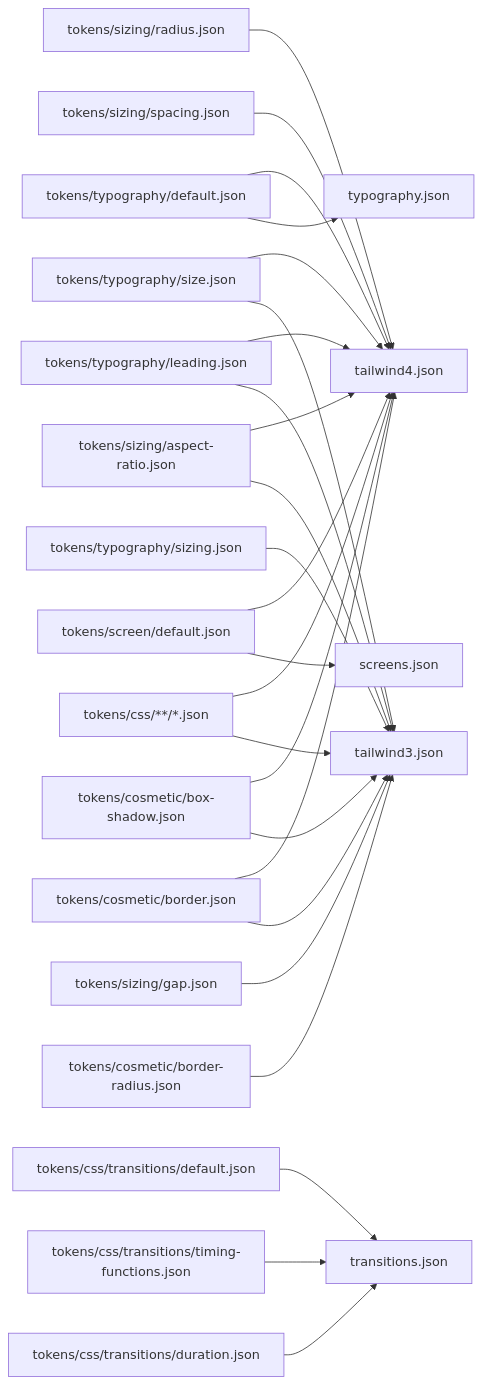
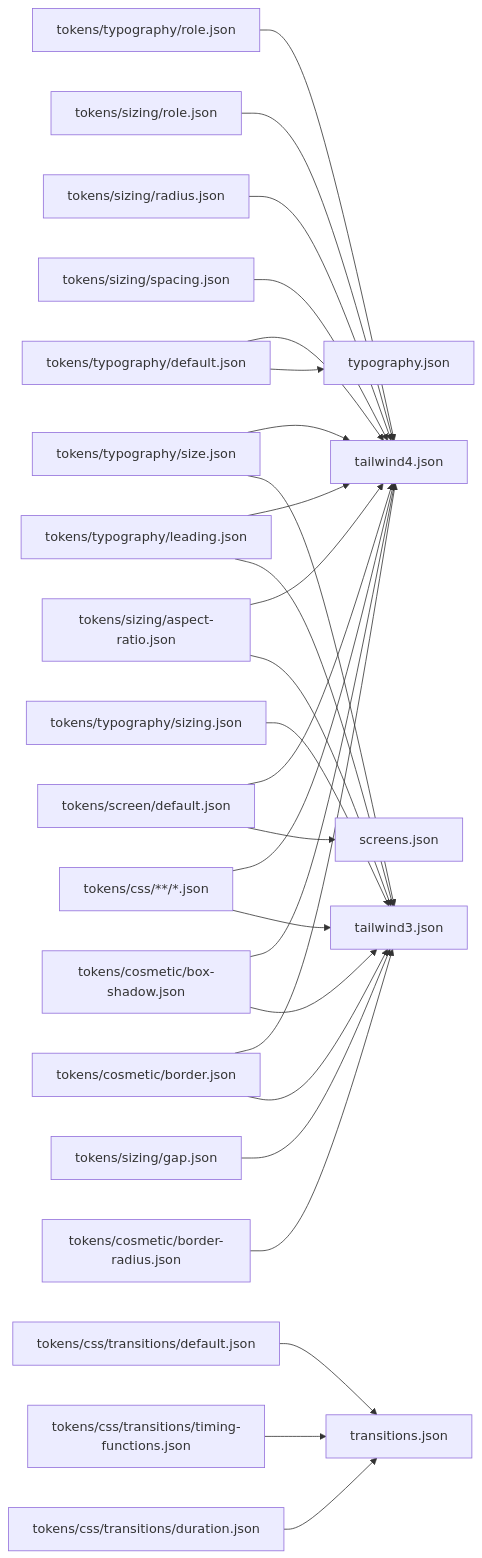
Before and after one commit to magma-design-system/magma: the second of 2 diagrams in projects/design-tokens/src/config/README.md, drawn with Mermaid. The commit also changed other lines of this file and 14 other files, not shown here.

First line of the commit message:
feat(design-tokens): the role tokens of the design language, rhythm, widths and titles

````diff
--- a/projects/design-tokens/src/config/README.md
+++ b/projects/design-tokens/src/config/README.md
@@ -37,27 +39,29 @@
 ```mermaid
 flowchart LR
   tokens_typography_default_json["tokens/typography/default.json"] --> typography_json["typography.json"]
   tokens_typography_default_json["tokens/typography/default.json"] --> tailwind4_json["tailwind4.json"]
   tokens_cosmetic_border_radius_json["tokens/cosmetic/border-radius.json"] --> tailwind3_json["tailwind3.json"]
   tokens_cosmetic_border_json["tokens/cosmetic/border.json"] --> tailwind3_json["tailwind3.json"]
   tokens_cosmetic_border_json["tokens/cosmetic/border.json"] --> tailwind4_json["tailwind4.json"]
   tokens_cosmetic_box_shadow_json["tokens/cosmetic/box-shadow.json"] --> tailwind3_json["tailwind3.json"]
   tokens_cosmetic_box_shadow_json["tokens/cosmetic/box-shadow.json"] --> tailwind4_json["tailwind4.json"]
   tokens_css______json["tokens/css/**/*.json"] --> tailwind3_json["tailwind3.json"]
   tokens_css______json["tokens/css/**/*.json"] --> tailwind4_json["tailwind4.json"]
   tokens_sizing_aspect_ratio_json["tokens/sizing/aspect-ratio.json"] --> tailwind3_json["tailwind3.json"]
   tokens_sizing_aspect_ratio_json["tokens/sizing/aspect-ratio.json"] --> tailwind4_json["tailwind4.json"]
   tokens_sizing_gap_json["tokens/sizing/gap.json"] --> tailwind3_json["tailwind3.json"]
   tokens_typography_leading_json["tokens/typography/leading.json"] --> tailwind3_json["tailwind3.json"]
   tokens_typography_leading_json["tokens/typography/leading.json"] --> tailwind4_json["tailwind4.json"]
   tokens_typography_size_json["tokens/typography/size.json"] --> tailwind3_json["tailwind3.json"]
   tokens_typography_size_json["tokens/typography/size.json"] --> tailwind4_json["tailwind4.json"]
   tokens_typography_sizing_json["tokens/typography/sizing.json"] --> tailwind3_json["tailwind3.json"]
   tokens_screen_default_json["tokens/screen/default.json"] --> screens_json["screens.json"]
   tokens_screen_default_json["tokens/screen/default.json"] --> tailwind4_json["tailwind4.json"]
   tokens_sizing_spacing_json["tokens/sizing/spacing.json"] --> tailwind4_json["tailwind4.json"]
   tokens_sizing_radius_json["tokens/sizing/radius.json"] --> tailwind4_json["tailwind4.json"]
+  tokens_sizing_role_json["tokens/sizing/role.json"] --> tailwind4_json["tailwind4.json"]
+  tokens_typography_role_json["tokens/typography/role.json"] --> tailwind4_json["tailwind4.json"]
   tokens_css_transitions_duration_json["tokens/css/transitions/duration.json"] --> transitions_json["transitions.json"]
   tokens_css_transitions_timing_functions_json["tokens/css/transitions/timing-functions.json"] --> transitions_json["transitions.json"]
   tokens_css_transitions_default_json["tokens/css/transitions/default.json"] --> transitions_json["transitions.json"]
 ```
````
